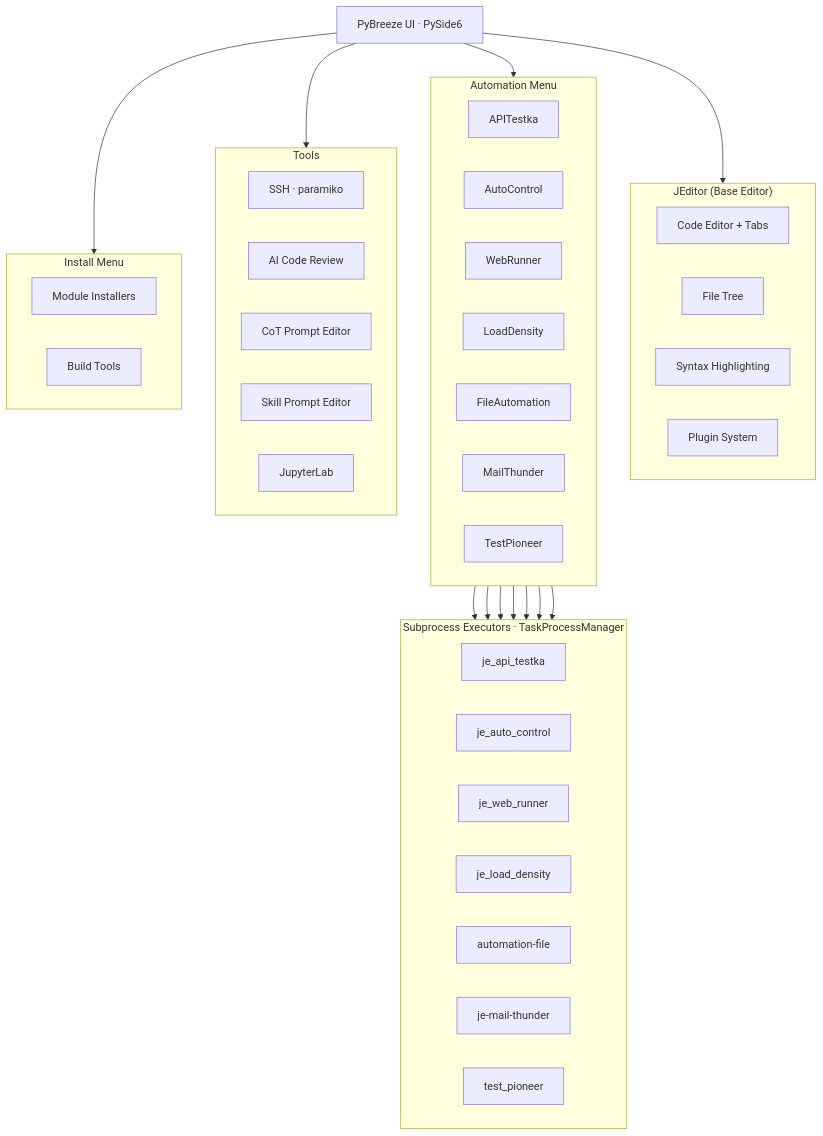
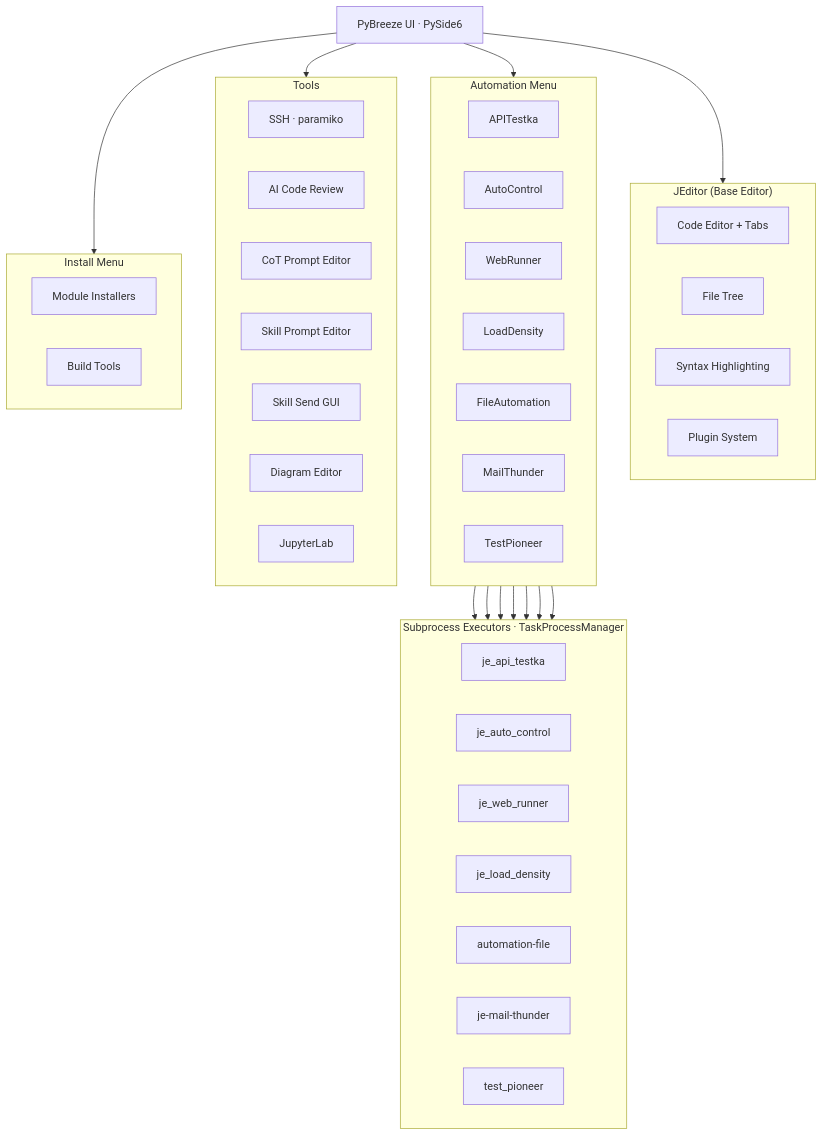
Before and after one commit to Integration-Automation/PyBreeze: the diagram in README.md, drawn with Mermaid. The commit also changed other lines of this file and 6 other files, not shown here.

Commit message:
Document diagram editor, file tree context menu, and skill send GUI

````diff
--- a/README.md
+++ b/README.md
@@ -111,62 +120,64 @@
 ```mermaid
 flowchart TB
     UI["PyBreeze UI · PySide6"]
 
     subgraph Editor["JEditor (Base Editor)"]
         direction LR
         E1["Code Editor + Tabs"]
         E2["File Tree"]
         E3["Syntax Highlighting"]
         E4["Plugin System"]
     end
 
     subgraph Automation["Automation Menu"]
         direction LR
         A1["APITestka"]
         A2["AutoControl"]
         A3["WebRunner"]
         A4["LoadDensity"]
         A5["FileAutomation"]
         A6["MailThunder"]
         A7["TestPioneer"]
     end
 
     subgraph Executors["Subprocess Executors · TaskProcessManager"]
         direction LR
         X1["je_api_testka"]
         X2["je_auto_control"]
         X3["je_web_runner"]
         X4["je_load_density"]
         X5["automation-file"]
         X6["je-mail-thunder"]
         X7["test_pioneer"]
     end
 
     subgraph Tools["Tools"]
         direction LR
         T1["SSH · paramiko"]
         T2["AI Code Review"]
         T3["CoT Prompt Editor"]
         T4["Skill Prompt Editor"]
-        T5["JupyterLab"]
+        T5["Skill Send GUI"]
+        T6["Diagram Editor"]
+        T7["JupyterLab"]
     end
 
     subgraph Install["Install Menu"]
         direction LR
         I1["Module Installers"]
         I2["Build Tools"]
     end
 
     UI --> Editor
     UI --> Automation
     UI --> Tools
     UI --> Install
 
     A1 --> X1
     A2 --> X2
     A3 --> X3
     A4 --> X4
     A5 --> X5
     A6 --> X6
     A7 --> X7
 ```
````
